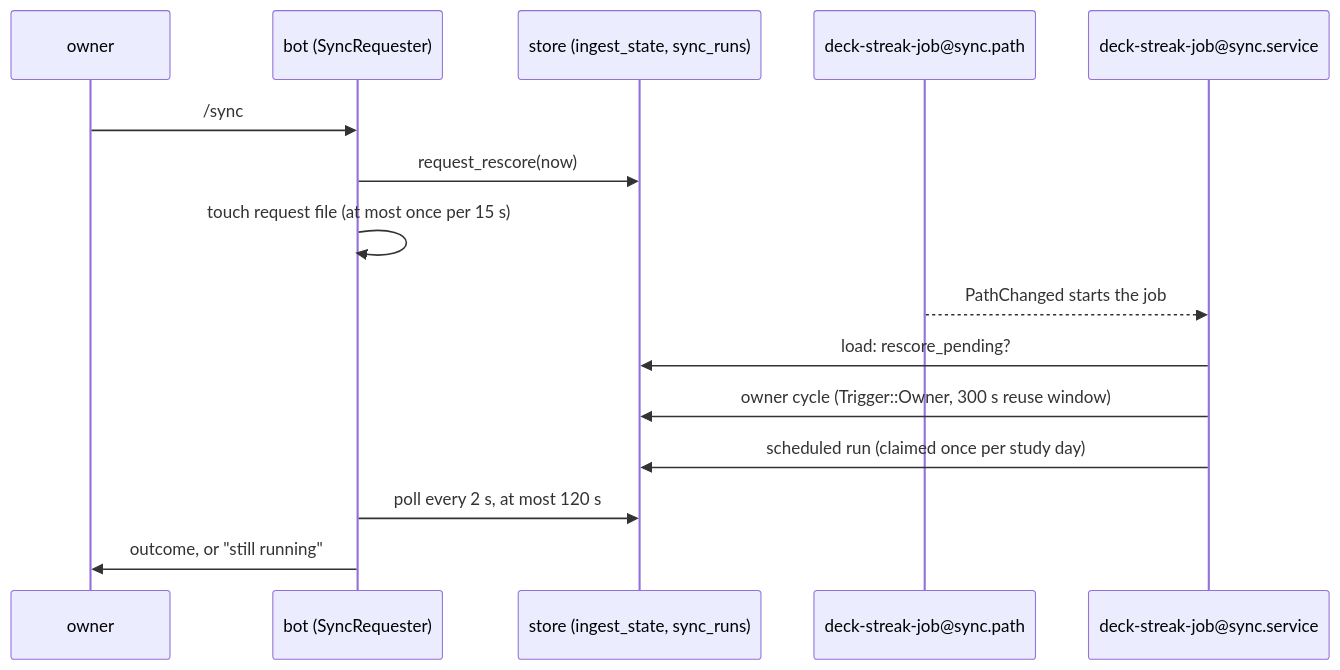
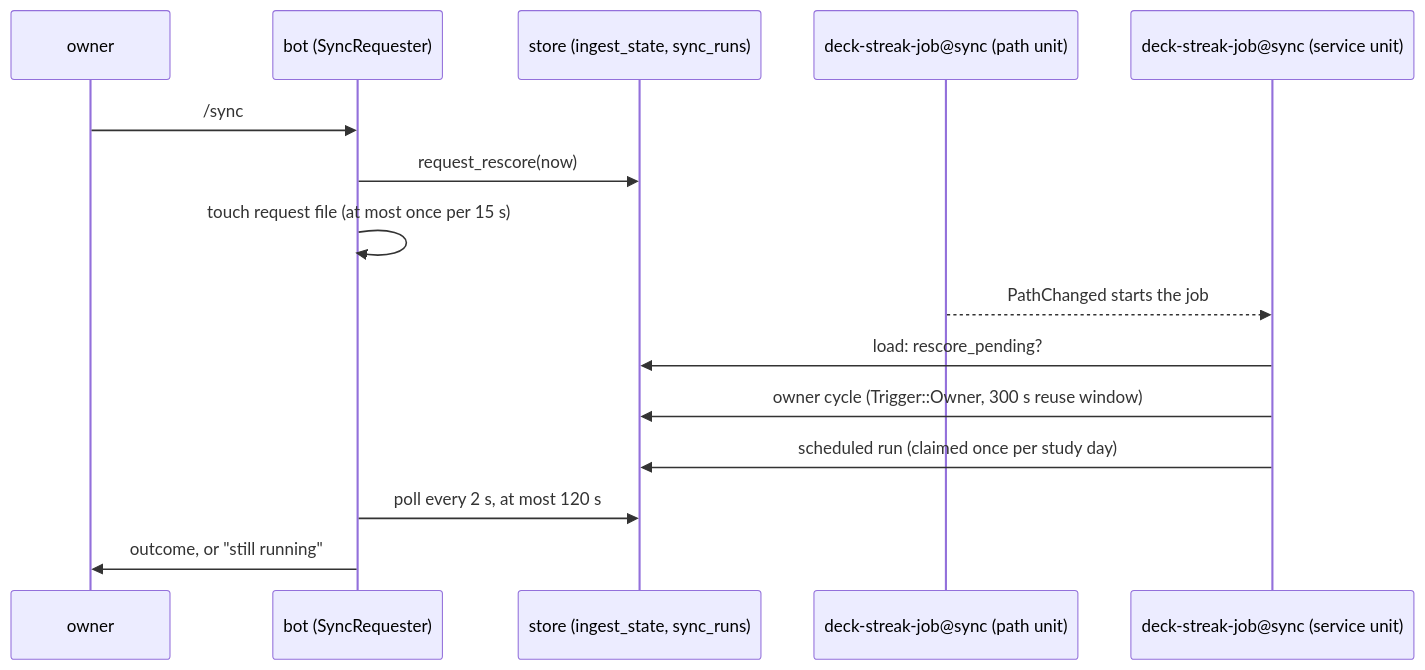
Before and after one commit to RexRenatus/deck-streak: the diagram in docs/schematics/sync-request-doorbell.md, drawn with Mermaid. The commit also changed 7 other files, not shown here.

Commit message:
docs(sync): write the sync unit names so no scrub reads them as an email

````diff
--- a/docs/schematics/sync-request-doorbell.md
+++ b/docs/schematics/sync-request-doorbell.md
@@ -7,17 +7,17 @@
 ```mermaid
 sequenceDiagram
   participant O as owner
   participant B as bot (SyncRequester)
   participant S as store (ingest_state, sync_runs)
-  participant P as deck-streak-job@sync.path
-  participant J as deck-streak-job@sync.service
+  participant P as deck-streak-job@sync (path unit)
+  participant J as deck-streak-job@sync (service unit)
   O->>B: /sync
   B->>S: request_rescore(now)
   B->>B: touch request file (at most once per 15 s)
   P-->>J: PathChanged starts the job
   J->>S: load: rescore_pending?
   J->>S: owner cycle (Trigger::Owner, 300 s reuse window)
   J->>S: scheduled run (claimed once per study day)
   B->>S: poll every 2 s, at most 120 s
   B->>O: outcome, or "still running"
 ```
````
